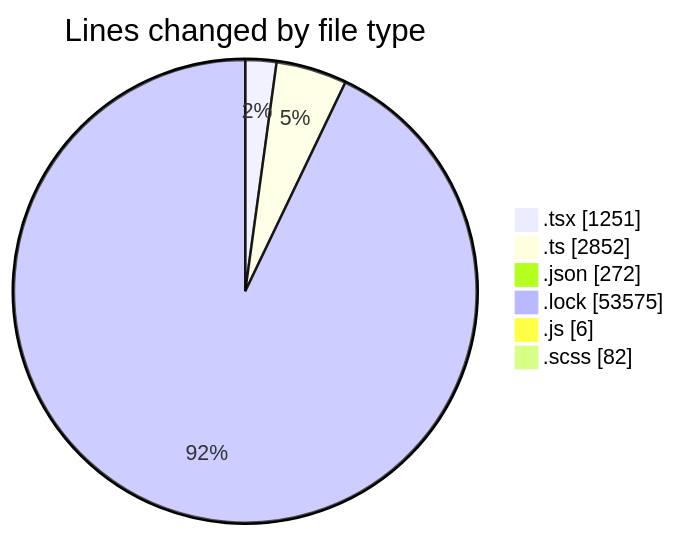
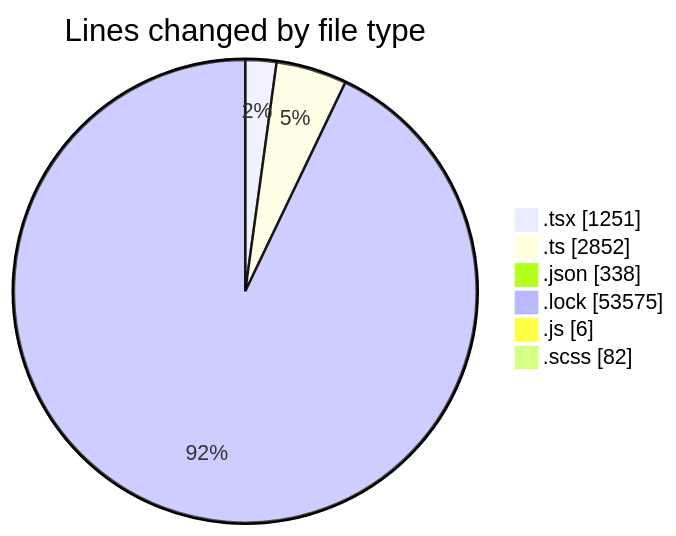
One commit to momahboobian/code-tracking changed the first of 2 diagrams in 2026-03-27/cda/README.md. Above: the diagram before and after it, drawn with Mermaid. The commit also changed other lines of this file and 1 other file, not shown here.

````diff
--- a/2026-03-27/cda/README.md
+++ b/2026-03-27/cda/README.md
@@ -45,10 +45,10 @@
 ```mermaid
 pie showData
 title Lines changed by file type
 ".tsx" : 1251
 ".ts" : 2852
-".json" : 272
+".json" : 338
 ".lock" : 53575
 ".js" : 6
 ".scss" : 82
 ```
````
